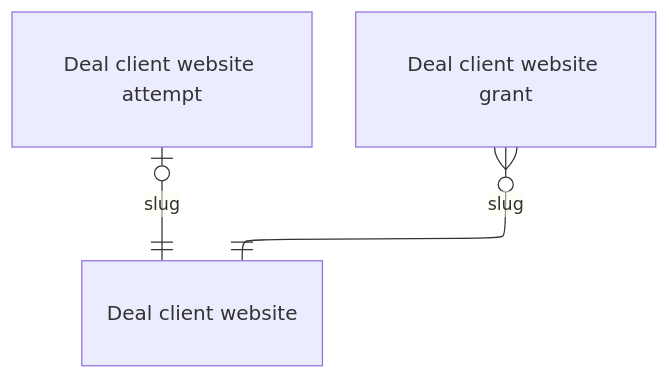
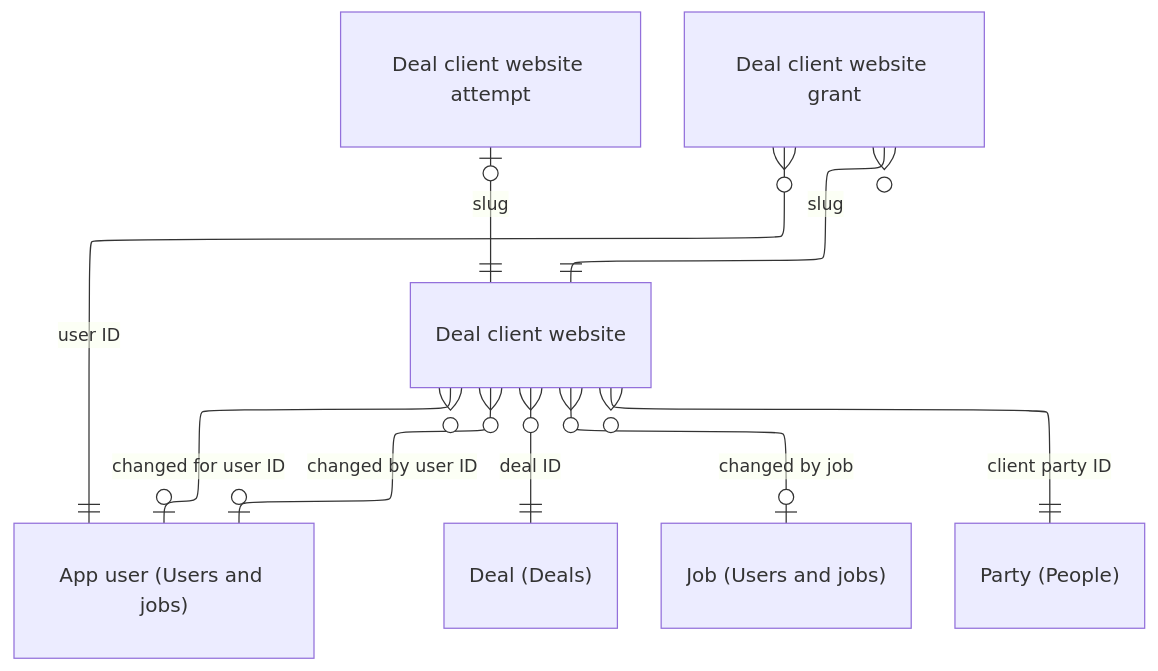
Before and after one commit to DoctorCRE/doctorcre-engine: the diagram in docs/database/tables/viewpoint-website.md, drawn with Mermaid. The commit also changed other lines of this file and 27 other files, not shown here.

````diff
--- a/docs/database/tables/viewpoint-website.md
+++ b/docs/database/tables/viewpoint-website.md
@@ -3,15 +3,21 @@
 ```mermaid
 ---
 config:
   layout: elk
   er:
     nodeSpacing: 22
     rankSpacing: 44
 ---
 erDiagram
   "Deal client website"
   "Deal client website attempt"
   "Deal client website grant"
+  "Deal client website" }o--o| "App user (Users and jobs)" : "changed by user ID"
+  "Deal client website" }o--o| "App user (Users and jobs)" : "changed for user ID"
+  "Deal client website" }o--|| "Deal (Deals)" : "deal ID"
+  "Deal client website" }o--o| "Job (Users and jobs)" : "changed by job"
+  "Deal client website" }o--|| "Party (People)" : "client party ID"
   "Deal client website attempt" |o--|| "Deal client website" : "slug"
+  "Deal client website grant" }o--|| "App user (Users and jobs)" : "user ID"
   "Deal client website grant" }o--|| "Deal client website" : "slug"
 ```
````
